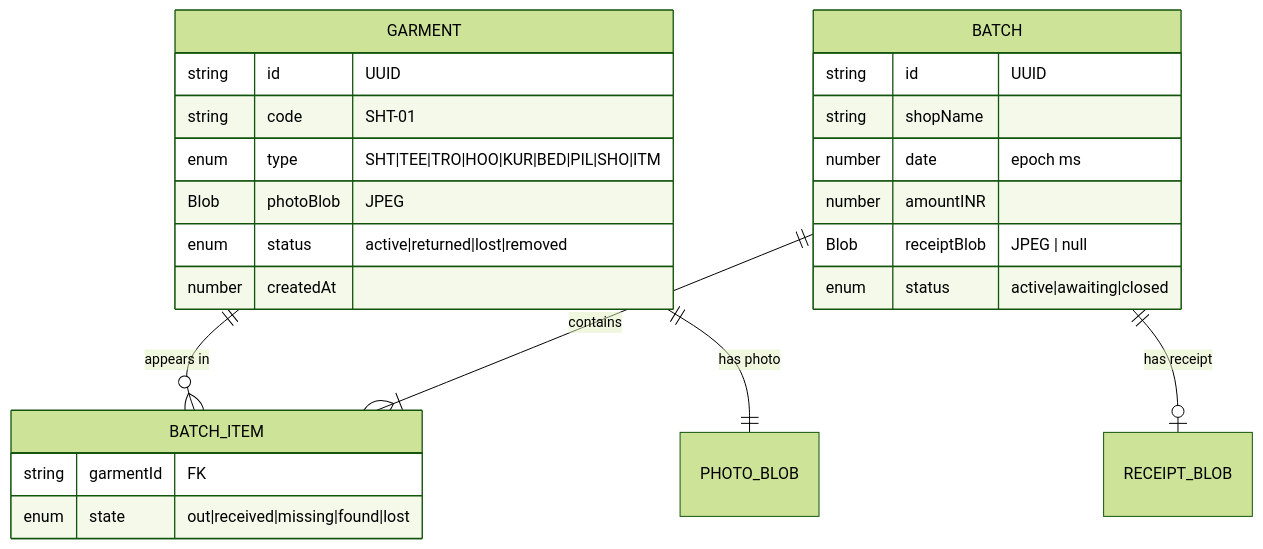
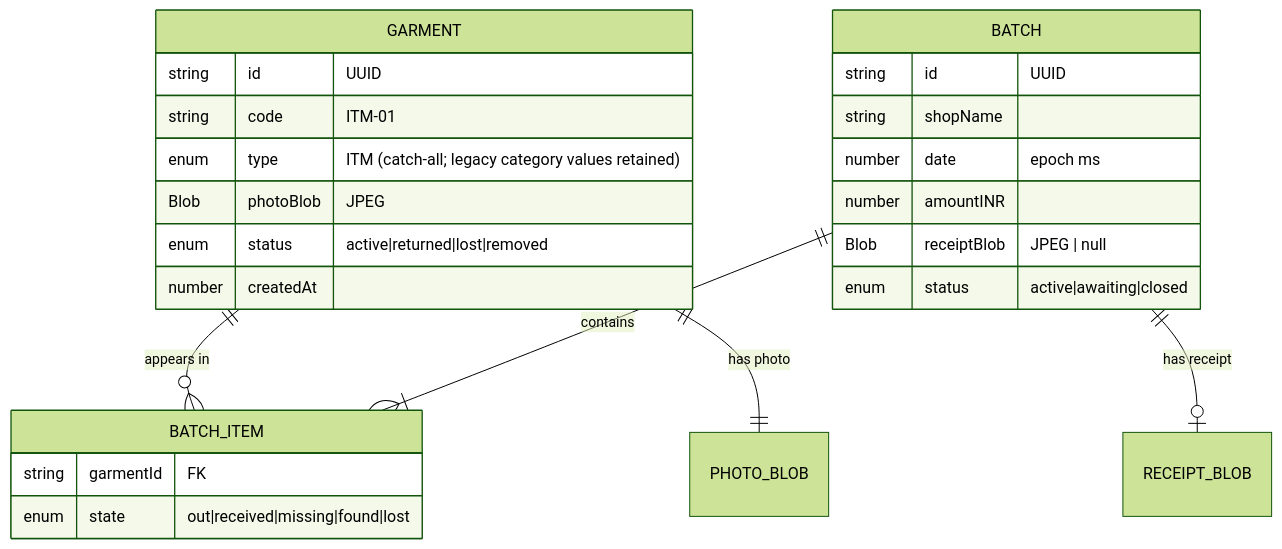
The second of 12 diagrams in docs/TECHNICAL_DESIGN.md (GitPhantom700/laundristic-p1), drawn with Mermaid (forest theme) before and after one commit. The commit also changed other lines of this file and 12 other files, not shown here.

First line of the commit message:
docs: apply review corrections — finish Amplify→Pages sweep, fix diagrams, restore USER_GUIDE screenshots

````diff
--- a/docs/TECHNICAL_DESIGN.md
+++ b/docs/TECHNICAL_DESIGN.md
@@ -97,30 +97,30 @@
 ```mermaid
 erDiagram
     GARMENT ||--o{ BATCH_ITEM : "appears in"
     BATCH ||--|{ BATCH_ITEM : "contains"
     BATCH ||--o| RECEIPT_BLOB : "has receipt"
     GARMENT ||--|| PHOTO_BLOB : "has photo"
 
     GARMENT {
         string id "UUID"
-        string code "SHT-01"
-        enum type "SHT|TEE|TRO|HOO|KUR|BED|PIL|SHO|ITM"
+        string code "ITM-01"
+        enum type "ITM (catch-all; legacy category values retained)"
         Blob photoBlob "JPEG"
         enum status "active|returned|lost|removed"
         number createdAt
     }
 
     BATCH {
         string id "UUID"
         string shopName
         number date "epoch ms"
         number amountINR
         Blob receiptBlob "JPEG | null"
         enum status "active|awaiting|closed"
     }
 
     BATCH_ITEM {
         string garmentId "FK"
         enum state "out|received|missing|found|lost"
     }
 ```
````
